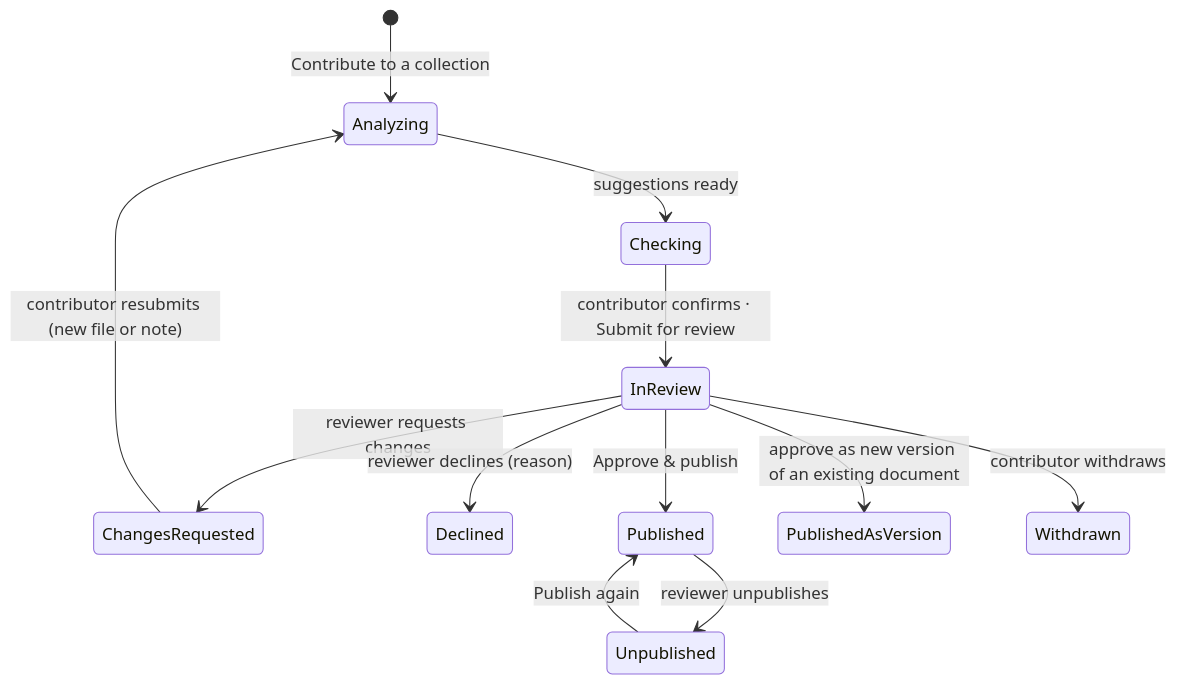
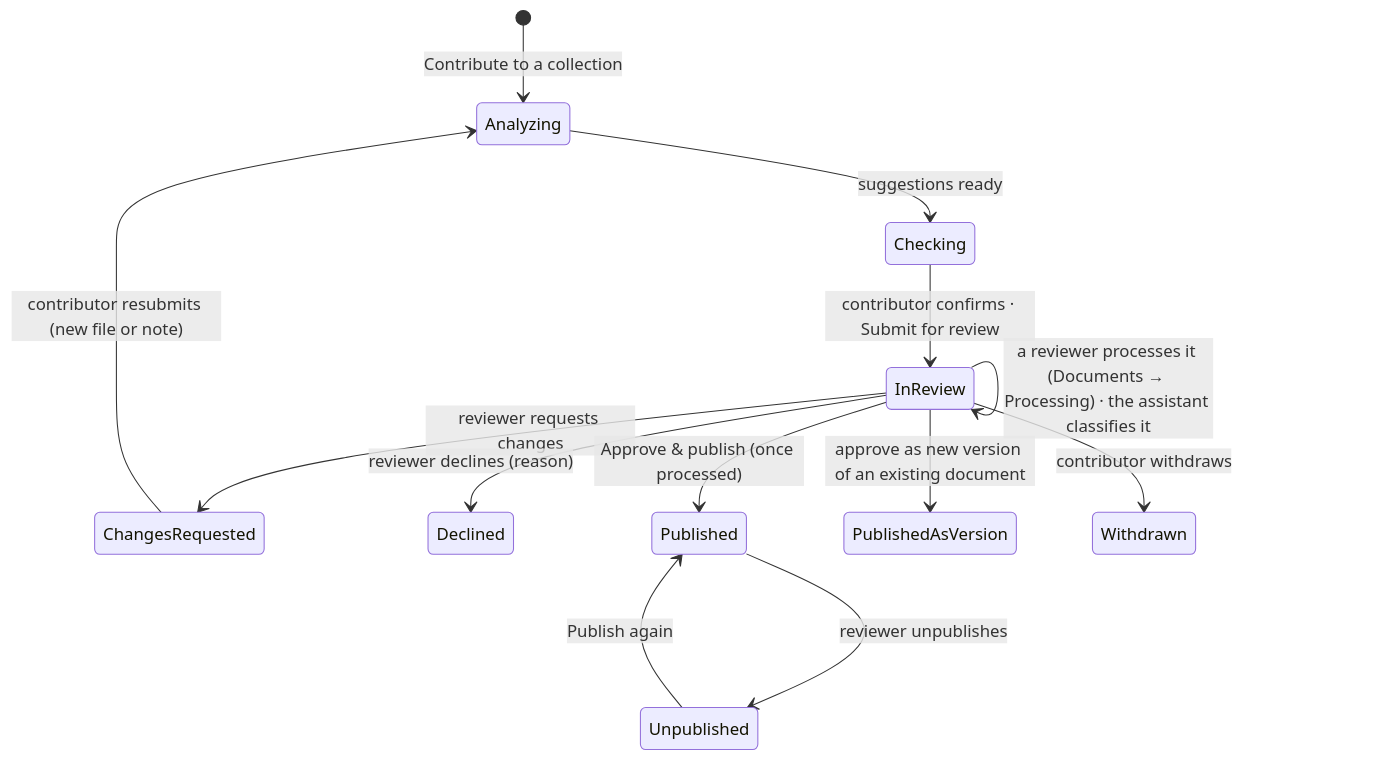
The diagram in apps/ux_preview/docs/DOCUMENT_LIFECYCLE.md (NguyenDuy1910/BoMesh), drawn with Mermaid before and after one commit. The commit also changed other lines of this file and 54 other files, not shown here.

````diff
--- a/apps/ux_preview/docs/DOCUMENT_LIFECYCLE.md
+++ b/apps/ux_preview/docs/DOCUMENT_LIFECYCLE.md
@@ -16,14 +16,15 @@
 ```mermaid
 stateDiagram-v2
   [*] --> Analyzing: Contribute to a collection
   Analyzing --> Checking: suggestions ready
   Checking --> InReview: contributor confirms · Submit for review
+  InReview --> InReview: a reviewer processes it (Documents → Processing) · the assistant classifies it
   InReview --> ChangesRequested: reviewer requests changes
   ChangesRequested --> Analyzing: contributor resubmits (new file or note)
   InReview --> Declined: reviewer declines (reason)
-  InReview --> Published: Approve & publish
+  InReview --> Published: Approve & publish (once processed)
   InReview --> PublishedAsVersion: approve as new version of an existing document
   Published --> Unpublished: reviewer unpublishes
   Unpublished --> Published: Publish again
   InReview --> Withdrawn: contributor withdraws
 ```
````
